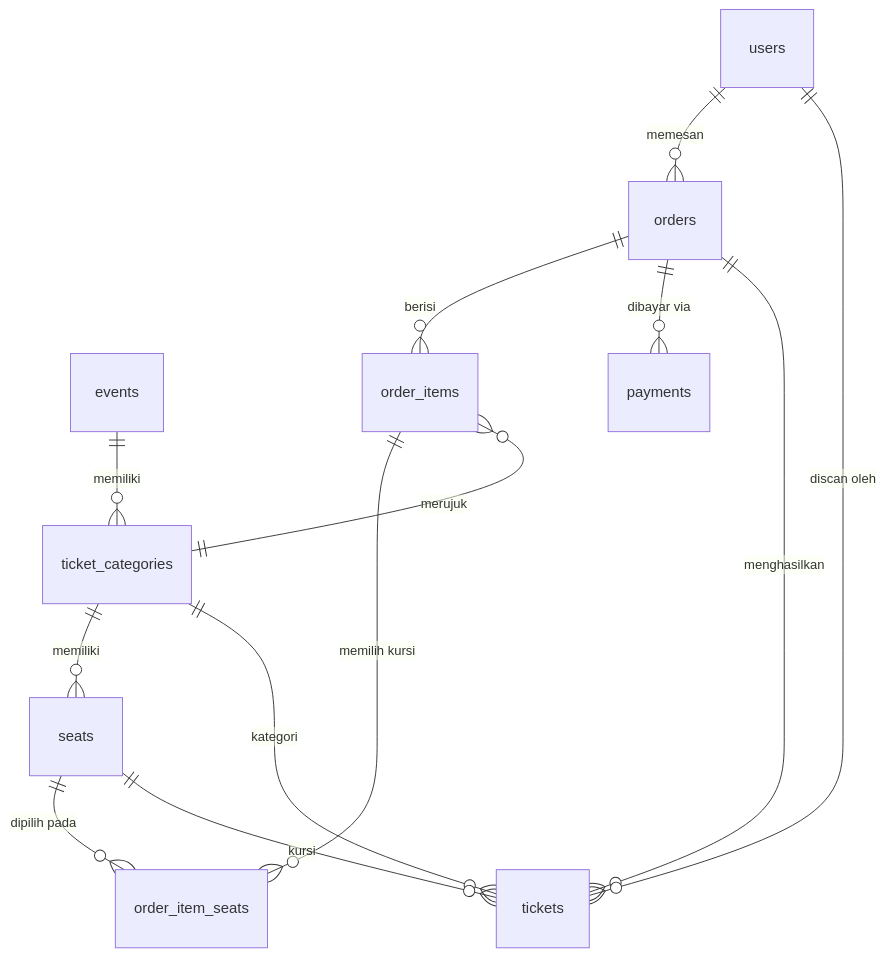
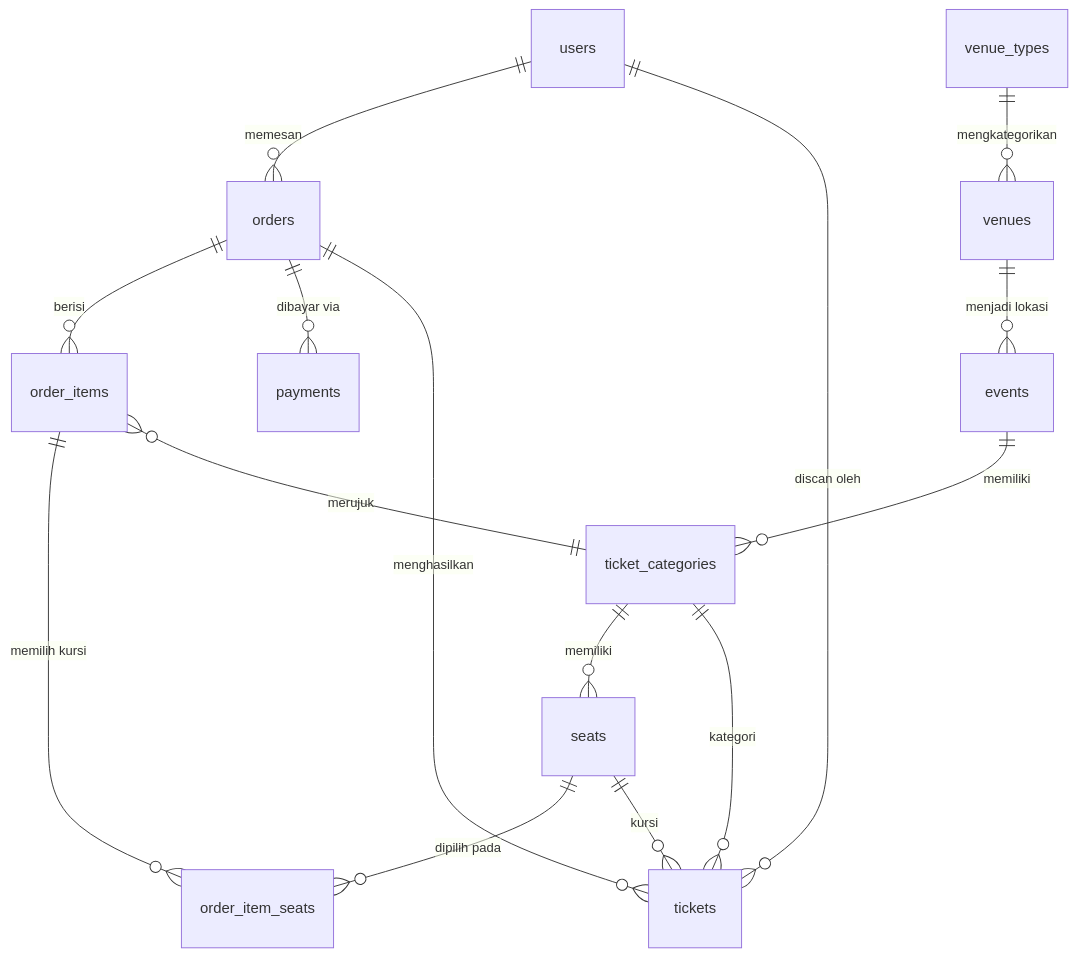
One commit to Hisyam12350/API-Sistem-Pemesanan-Tiket-Konser changed the diagram in README.md. Above: the diagram before and after it, drawn with Mermaid. The commit also changed other lines of this file and 14 other files, not shown here.

````diff
--- a/README.md
+++ b/README.md
@@ -67,15 +70,17 @@
 ```mermaid
 erDiagram
     users ||--o{ orders : "memesan"
+    venue_types ||--o{ venues : "mengkategorikan"
+    venues ||--o{ events : "menjadi lokasi"
     events ||--o{ ticket_categories : "memiliki"
     ticket_categories ||--o{ seats : "memiliki"
     orders ||--o{ order_items : "berisi"
     order_items ||--o{ order_item_seats : "memilih kursi"
     order_items }o--|| ticket_categories : "merujuk"
     seats ||--o{ order_item_seats : "dipilih pada"
     orders ||--o{ payments : "dibayar via"
     orders ||--o{ tickets : "menghasilkan"
     ticket_categories ||--o{ tickets : "kategori"
     seats ||--o{ tickets : "kursi"
     users ||--o{ tickets : "discan oleh"
 ```
````
